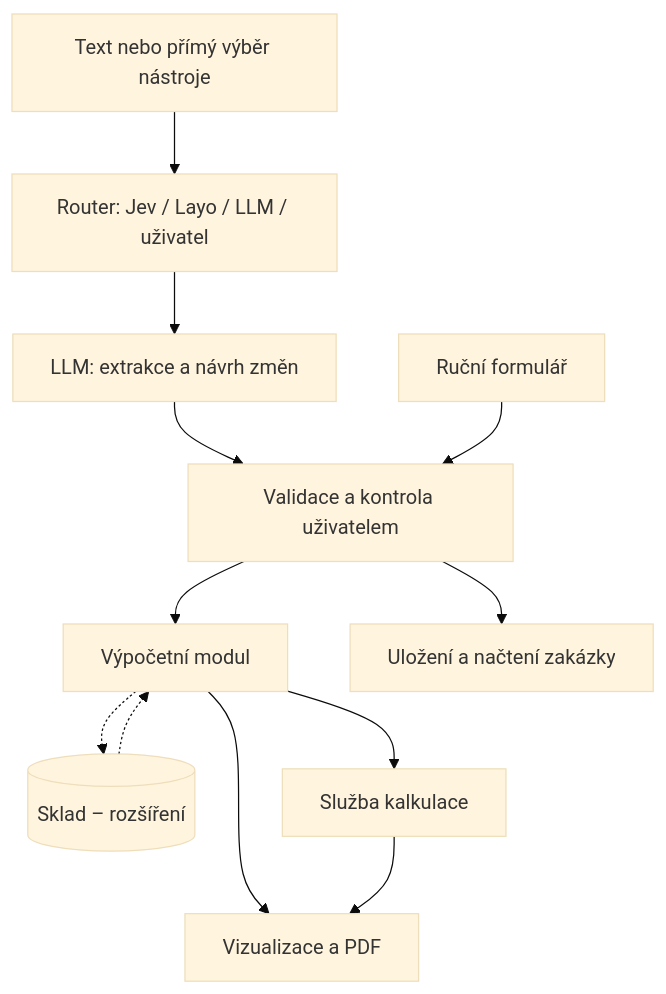
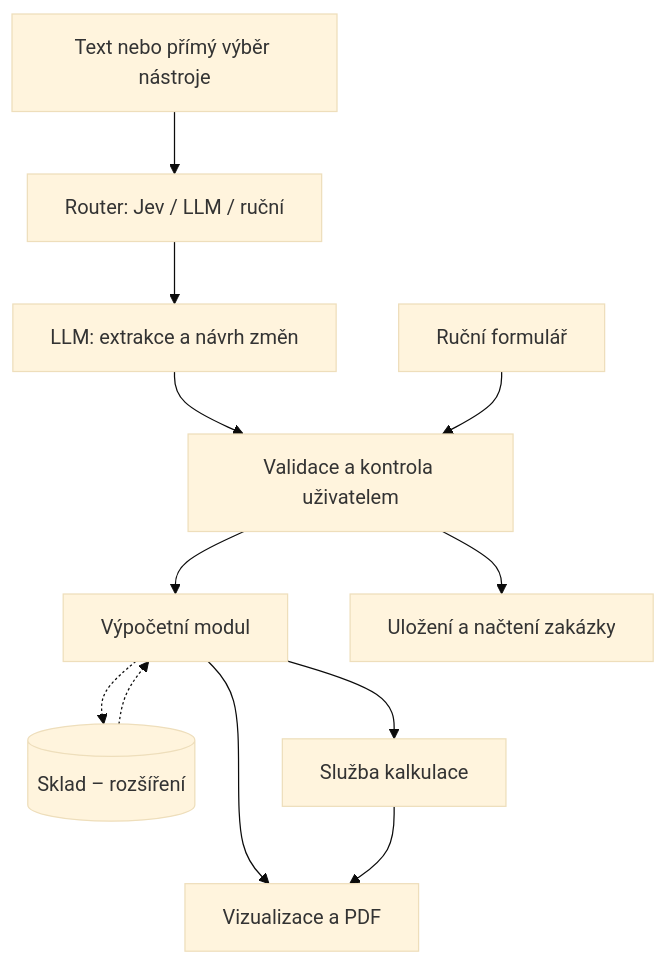
One commit to janvrzal/decision-engine changed the diagram in docs/specifikace.md. Above: the diagram before and after it, drawn with Mermaid (base theme). The commit also changed other lines of this file and 7 other files, not shown here.

First line of the commit message:
docs(spec): vyřadit Layo, router má implementace Jev, LLM a ruční

````diff
--- a/docs/specifikace.md
+++ b/docs/specifikace.md
@@ -305,14 +306,14 @@
 ```mermaid
 flowchart TD
-    U[Text nebo přímý výběr nástroje] --> R[Router: Jev / Layo / LLM / uživatel]
+    U[Text nebo přímý výběr nástroje] --> R[Router: Jev / LLM / ruční]
     R --> P[LLM: extrakce a návrh změn]
     P --> V[Validace a kontrola uživatelem]
     M[Ruční formulář] --> V
     V --> S[Výpočetní modul]
     W[(Sklad – rozšíření)] -.-> S
     S -.-> W
     S --> C[Služba kalkulace]
     S --> O[Vizualizace a PDF]
     C --> O
     V --> J[Uložení a načtení zakázky]
 ```
````
